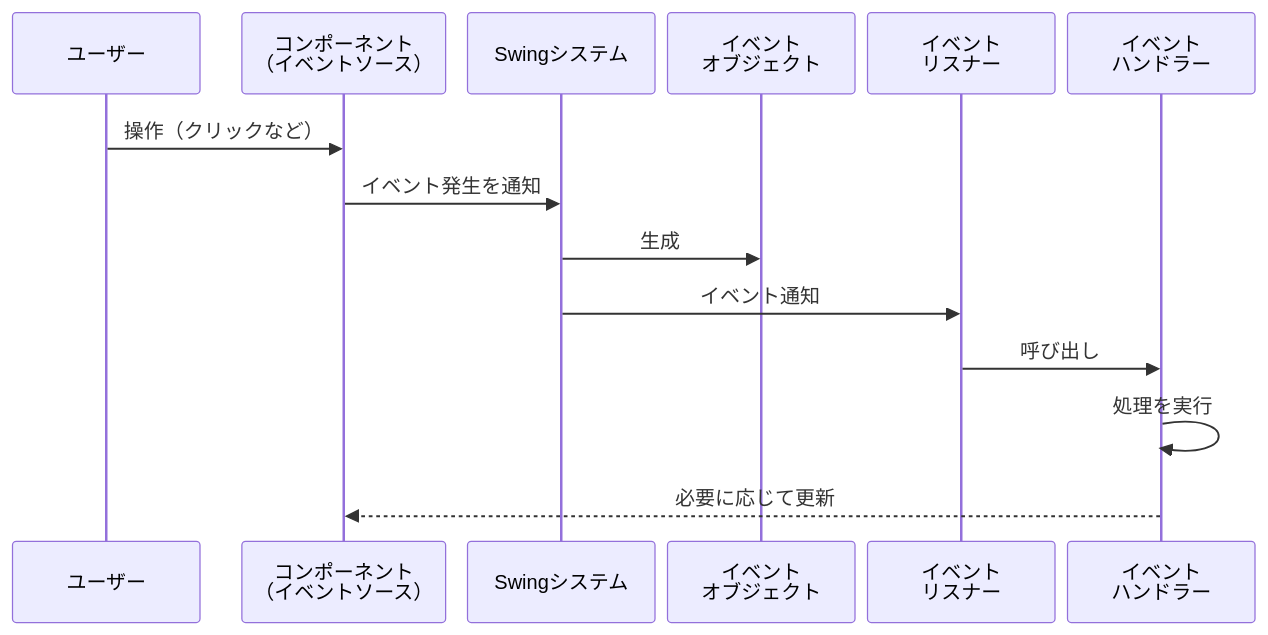
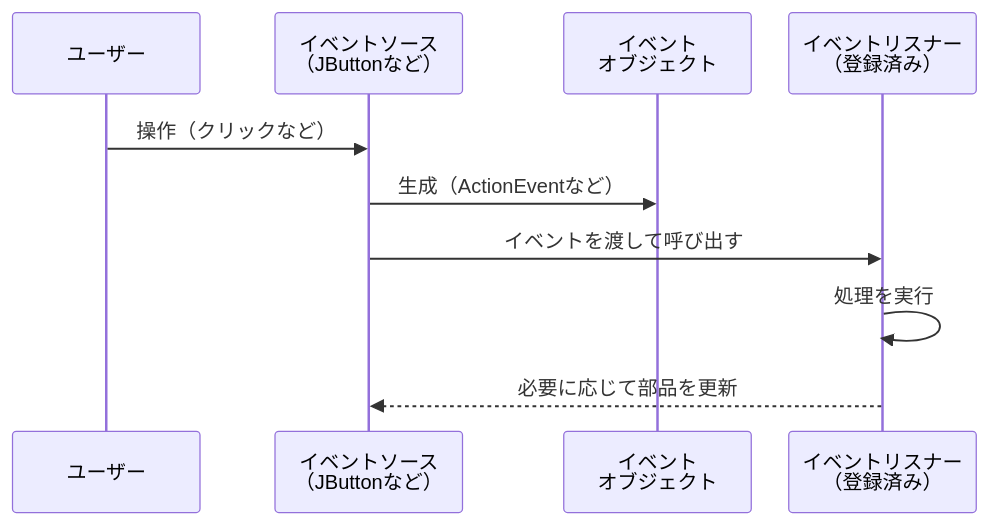
Before and after one commit to Nagatani/techbook-java-primer: the diagram in docs/diagrams/chapter18-event-model.mmd, drawn with Mermaid. The commit also changed 34 other files, not shown here.

First line of the commit message:
fix: 第17〜26章を校閲し、技術的な誤り・図の食い違い・表記を直す

```diff
--- a/docs/diagrams/chapter18-event-model.mmd
+++ b/docs/diagrams/chapter18-event-model.mmd
@@ -1,20 +1,16 @@
 ---
 config:
   sequence:
-    actorMargin: 10
+    actorMargin: 30
 ---
 sequenceDiagram
     participant User as ユーザー
-    participant Source as コンポーネント<br/>（イベントソース）
-    participant Swing as Swingシステム
+    participant Source as イベントソース<br/>（JButtonなど）
     participant Event as イベント<br/>オブジェクト
-    participant Listener as イベント<br/>リスナー
-    participant Handler as イベント<br/>ハンドラー
+    participant Listener as イベントリスナー<br/>（登録済み）
 
     User->>Source: 操作（クリックなど）
-    Source->>Swing: イベント発生を通知
-    Swing->>Event: 生成
-    Swing->>Listener: イベント通知
-    Listener->>Handler: 呼び出し
-    Handler->>Handler: 処理を実行
-    Handler-->>Source: 必要に応じて更新
+    Source->>Event: 生成（ActionEventなど）
+    Source->>Listener: イベントを渡して呼び出す
+    Listener->>Listener: 処理を実行
+    Listener-->>Source: 必要に応じて部品を更新
```
